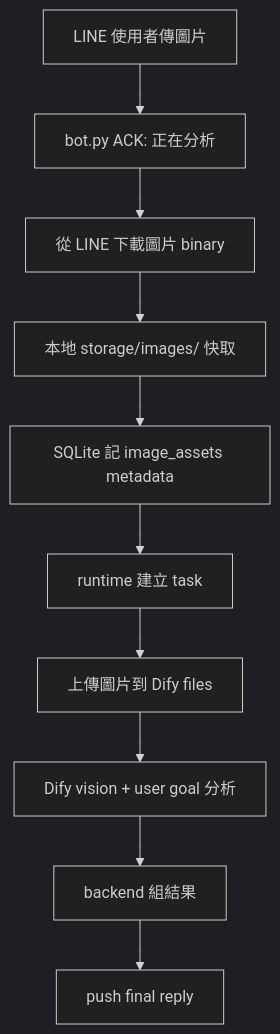
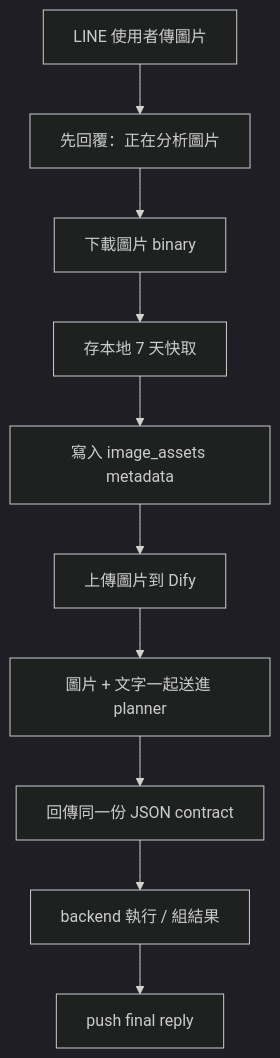
One commit to tyler19991101/agent changed the fourth of 5 diagrams in lineagent/README.md. Above: the diagram before and after it, drawn with Mermaid (dark theme). The commit also changed other lines of this file, not shown here.

````diff
--- a/lineagent/README.md
+++ b/lineagent/README.md
@@ -268,12 +184,12 @@
 ```mermaid
 flowchart TD
-    A["LINE 使用者傳圖片"] --> B["bot.py ACK: 正在分析"]
-    B --> C["從 LINE 下載圖片 binary"]
-    C --> D["本地 storage/images/ 快取"]
-    D --> E["SQLite 記 image_assets metadata"]
-    E --> F["runtime 建立 task"]
-    F --> G["上傳圖片到 Dify files"]
-    G --> H["Dify vision + user goal 分析"]
-    H --> I["backend 組結果"]
+    A["LINE 使用者傳圖片"] --> B["先回覆：正在分析圖片"]
+    B --> C["下載圖片 binary"]
+    C --> D["存本地 7 天快取"]
+    D --> E["寫入 image_assets metadata"]
+    E --> F["上傳圖片到 Dify"]
+    F --> G["圖片 + 文字一起送進 planner"]
+    G --> H["回傳同一份 JSON contract"]
+    H --> I["backend 執行 / 組結果"]
     I --> J["push final reply"]
 ```
````
